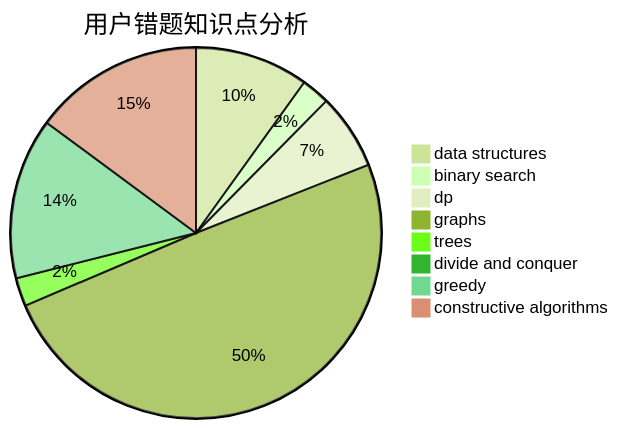
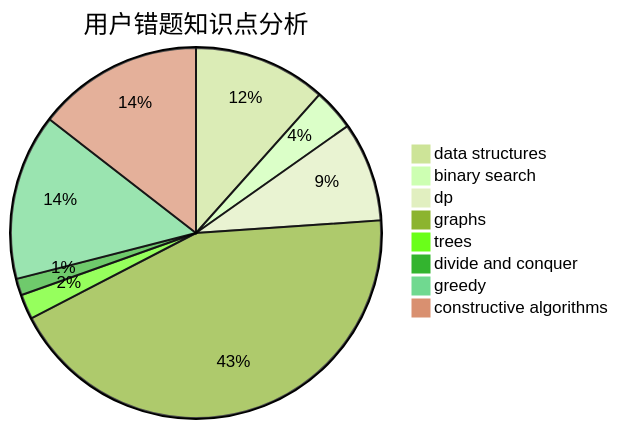
Before and after one commit to sherpahu/cfrs.github.io: the third of 3 diagrams in docs/user/u1185.md, drawn with Mermaid (forest theme). The commit also changed other lines of this file and 2770 other files, not shown here.

````diff
--- a/docs/user/u1185.md
+++ b/docs/user/u1185.md
@@ -36,11 +36,11 @@
 ```mermaid
 pie title 用户错题知识点分析
-    "data structures" :  12
-    "binary search" :  3
-    "dp" :  8
+    "data structures" :  16
+    "binary search" :  5
+    "dp" :  12
     "graphs" :  60
     "trees" :  3
-    "divide and conquer" :  0
-    "greedy" :  17
-    "constructive algorithms" :  18
+    "divide and conquer" :  2
+    "greedy" :  20
+    "constructive algorithms" :  20
 ```
````
